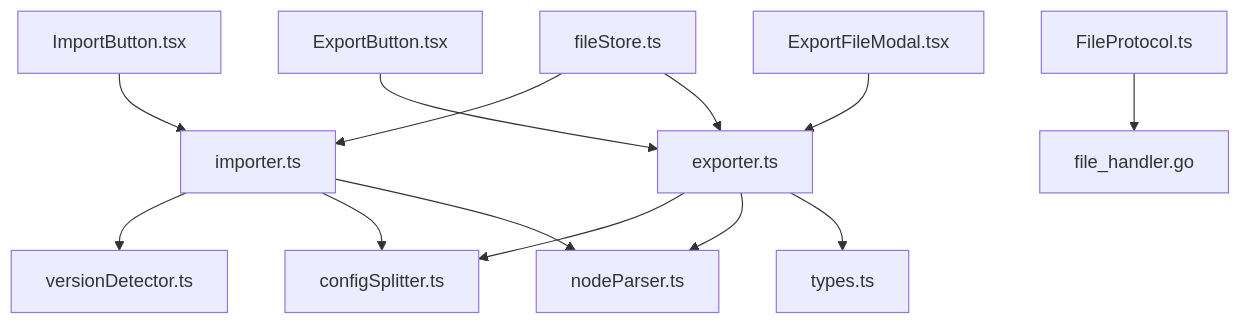
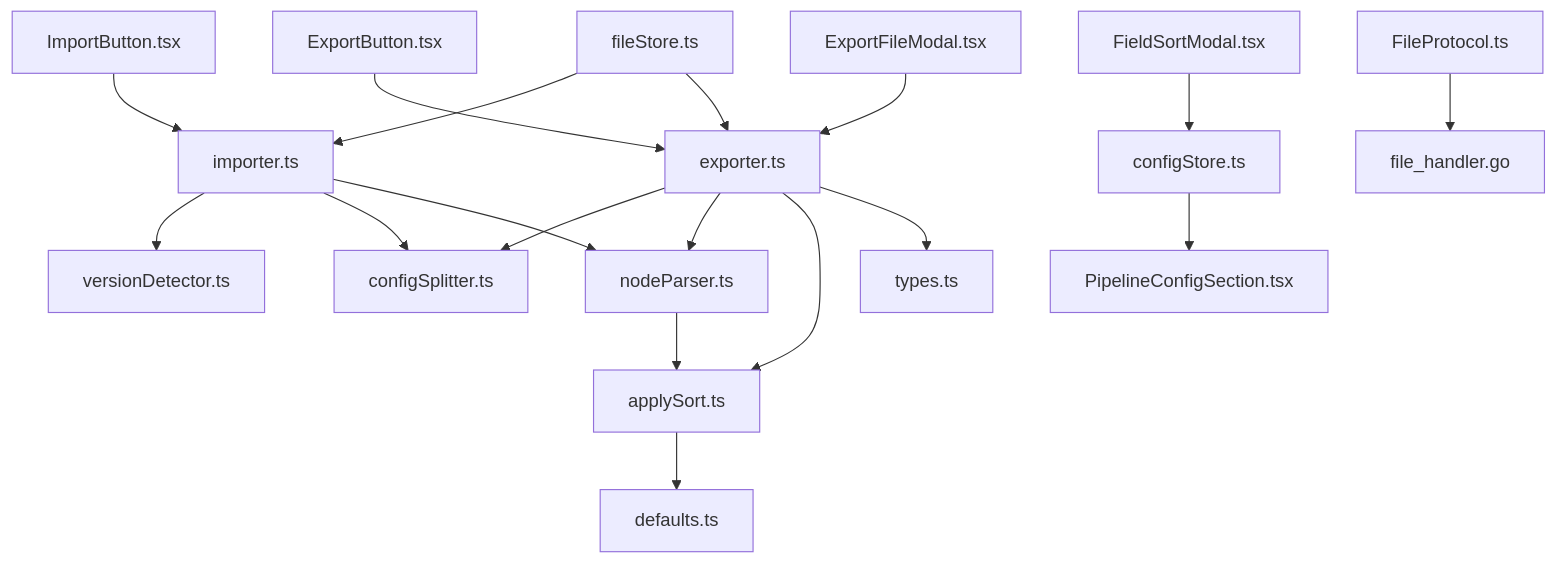
Before and after one commit to kqcoxn/MaaPipelineEditor: the ninth of 9 diagrams in .qoder/repowiki/zh/content/导入导出系统/导入导出系统.md, drawn with Mermaid. The commit also changed other lines of this file and 22 other files, not shown here.

````diff
--- a/.qoder/repowiki/zh/content/导入导出系统/导入导出系统.md
+++ b/.qoder/repowiki/zh/content/导入导出系统/导入导出系统.md
@@ -319,15 +393,20 @@
 ```mermaid
 graph TB
 Importer["importer.ts"] --> VersionDet["versionDetector.ts"]
 Importer --> ConfigSplit["configSplitter.ts"]
 Importer --> NodeParse["nodeParser.ts"]
+NodeParse --> ApplySort["applySort.ts"]
+ApplySort --> Defaults["defaults.ts"]
 Exporter["exporter.ts"] --> ConfigSplit
 Exporter --> NodeParse
+Exporter --> ApplySort
 Exporter --> Types["types.ts"]
 ImportBtn["ImportButton.tsx"] --> Importer
 ExportBtn["ExportButton.tsx"] --> Exporter
 ExportModal["ExportFileModal.tsx"] --> Exporter
+FieldSortModal["FieldSortModal.tsx"] --> ConfigStore["configStore.ts"]
 FileStore["fileStore.ts"] --> Importer
 FileStore --> Exporter
 FileProto["FileProtocol.ts"] --> FileHandlerGo["file_handler.go"]
+ConfigStore --> ConfigSection["PipelineConfigSection.tsx"]
 ```
````
